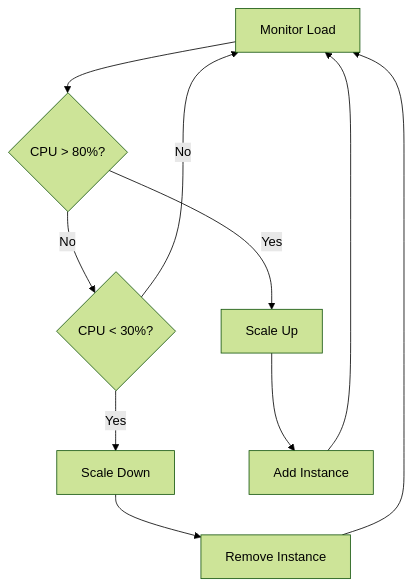
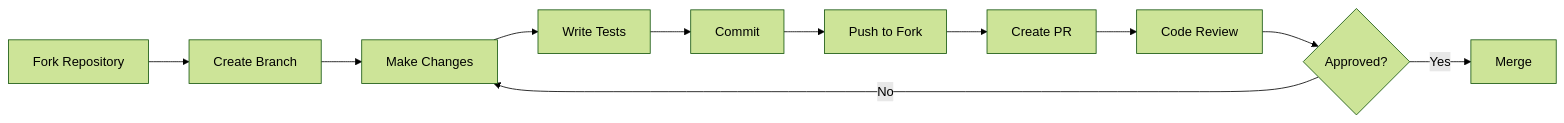
Diagram 12 of 12 in README.md (toantran00/BTTH_12), drawn with Mermaid (forest theme) before and after one commit. The commit also changed other lines of this file, not shown here.

````diff
--- a/README.md
+++ b/README.md
@@ -791,12 +1116,13 @@
 ```mermaid
-graph TD
-    A[Monitor Load] --> B{CPU > 80%?}
-    B -->|Yes| C[Scale Up]
-    B -->|No| D{CPU < 30%?}
-    D -->|Yes| E[Scale Down]
-    D -->|No| A
-    C --> F[Add Instance]
-    E --> G[Remove Instance]
-    F --> A
-    G --> A
+graph LR
+    A[Fork Repository] --> B[Create Branch]
+    B --> C[Make Changes]
+    C --> D[Write Tests]
+    D --> E[Commit]
+    E --> F[Push to Fork]
+    F --> G[Create PR]
+    G --> H[Code Review]
+    H --> I{Approved?}
+    I -->|Yes| J[Merge]
+    I -->|No| C
 ```
````
